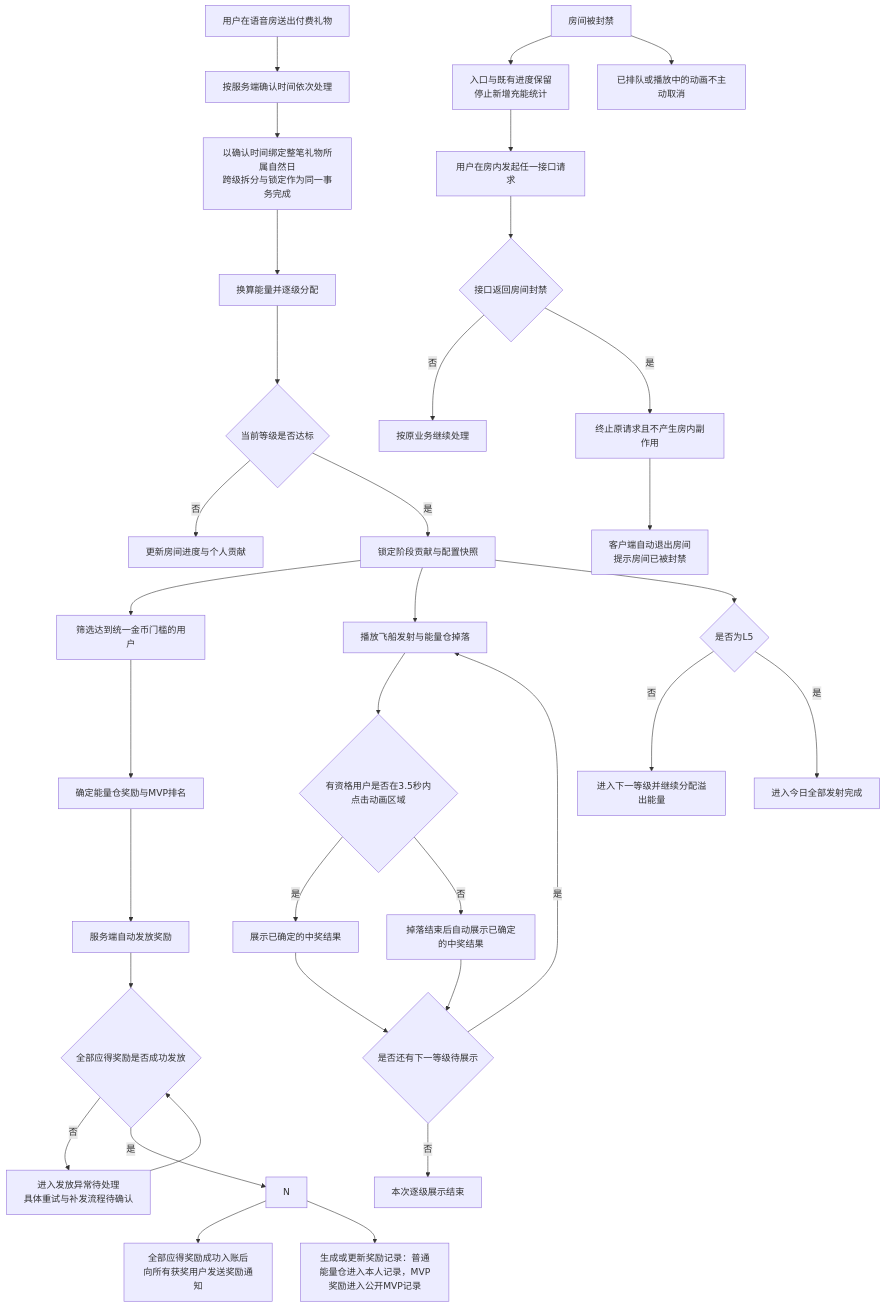
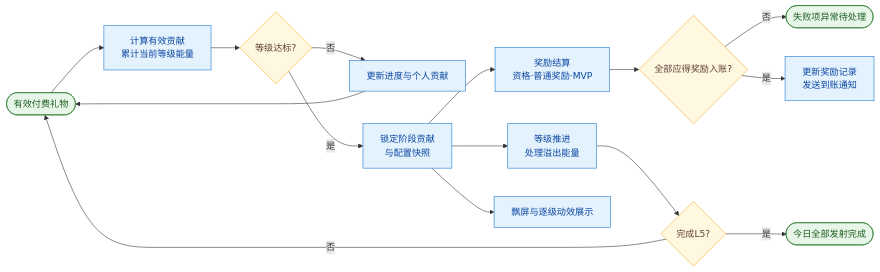
The diagram in 星际飞船/房间飞船挑战-PRD.md (Chawucikela/TOP-KHALIJ), drawn with Mermaid before and after one commit. The commit also changed other lines of this file and 32 other files, not shown here.

````diff
--- a/星际飞船/房间飞船挑战-PRD.md
+++ b/星际飞船/房间飞船挑战-PRD.md
@@ -222,37 +254,28 @@
 ```mermaid
-flowchart TD
-    A[用户在语音房送出付费礼物] --> B[按服务端确认时间依次处理]
-    B --> B2[以确认时间绑定整笔礼物所属自然日<br/>跨级拆分与锁定作为同一事务完成]
-    B2 --> C[换算能量并逐级分配]
-    C --> D{当前等级是否达标}
-    D -- 否 --> E[更新房间进度与个人贡献]
-    D -- 是 --> F[锁定阶段贡献与配置快照]
-    F --> G[筛选达到统一金币门槛的用户]
-    G --> H[确定能量仓奖励与MVP排名]
-    H --> I[服务端自动发放奖励]
-    I --> J{全部应得奖励是否成功发放}
-    J -- 否 --> K[进入发放异常待处理<br/>具体重试与补发流程待确认]
-    K --> J
-    J -- 是 --> N
-    N --> O[全部应得奖励成功入账后<br/>向所有获奖用户发送奖励通知]
-    N --> O2[生成或更新奖励记录：普通能量仓进入本人记录，MVP奖励进入公开MVP记录]
-    F --> P[播放飞船发射与能量仓掉落]
-    P --> Q{有资格用户是否在3.5秒内点击动画区域}
-    Q -- 是 --> R[展示已确定的中奖结果]
-    Q -- 否 --> R2[掉落结束后自动展示已确定的中奖结果]
-    R --> W{是否还有下一等级待展示}
-    R2 --> W
-    W -- 是 --> P
-    W -- 否 --> W2[本次逐级展示结束]
-    F --> T{是否为L5}
-    T -- 否 --> U[进入下一等级并继续分配溢出能量]
-    T -- 是 --> V[进入今日全部发射完成]
+flowchart LR
+    A([有效付费礼物]) --> B[计算有效贡献<br/>累计当前等级能量]
+    B --> C{等级达标?}
+    C -- 否 --> D[更新进度与个人贡献]
+    D --> A
+    C -- 是 --> E[锁定阶段贡献<br/>与配置快照]
 
-    X[房间被封禁] --> X1[入口与既有进度保留<br/>停止新增充能统计]
-    X --> X2[已排队或播放中的动画不主动取消]
-    X1 --> X3[用户在房内发起任一接口请求]
-    X3 --> X4{接口返回房间封禁}
-    X4 -- 否 --> X5[按原业务继续处理]
-    X4 -- 是 --> X6[终止原请求且不产生房内副作用]
-    X6 --> X7[客户端自动退出房间<br/>提示房间已被封禁]
+    E --> F[奖励结算<br/>资格·普通奖励·MVP]
+    E --> G[等级推进<br/>处理溢出能量]
+    E --> H[飘屏与逐级动效展示]
+
+    F --> I{全部应得奖励入账?}
+    I -- 否 --> J([失败项异常待处理])
+    I -- 是 --> K[更新奖励记录<br/>发送到账通知]
+
+    G --> L{完成L5?}
+    L -- 否 --> A
+    L -- 是 --> M([今日全部发射完成])
+
+    classDef startEnd fill:#E8F5E9,stroke:#2E7D32,color:#1B5E20;
+    classDef decision fill:#FFF8E1,stroke:#F9A825,color:#5D4037;
+    classDef process fill:#E3F2FD,stroke:#1976D2,color:#0D47A1;
+    classDef exception fill:#FFEBEE,stroke:#C62828,color:#B71C1C;
+    class A,J,M startEnd;
+    class C,I,L decision;
+    class B,D,E,F,G,H,K process;
 ```
````
